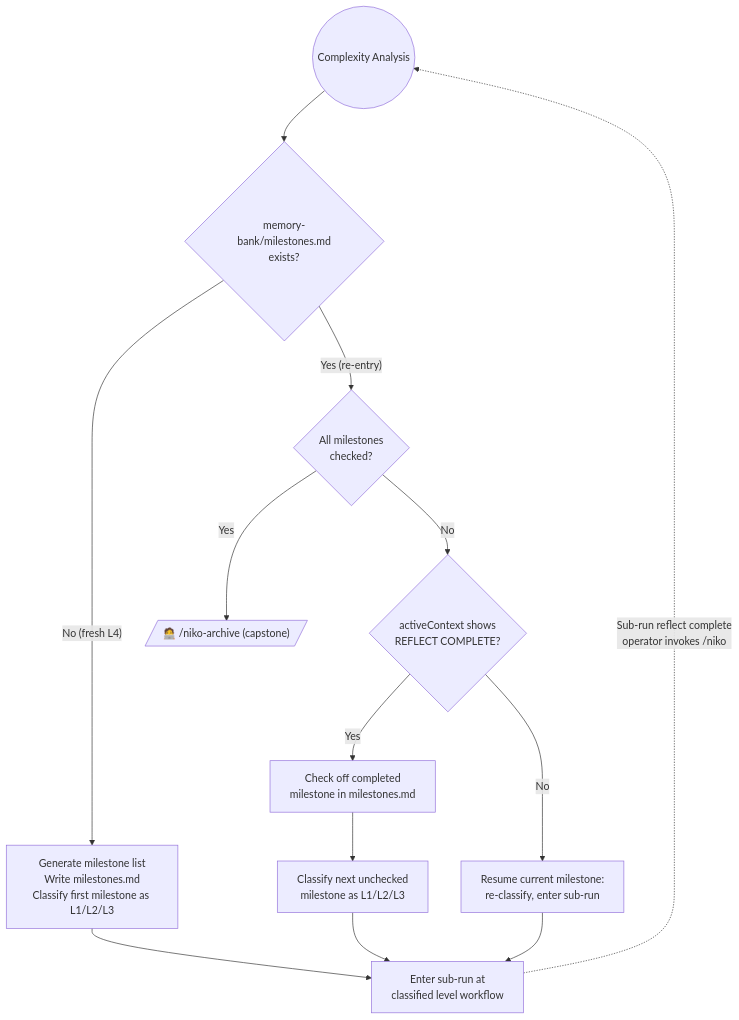
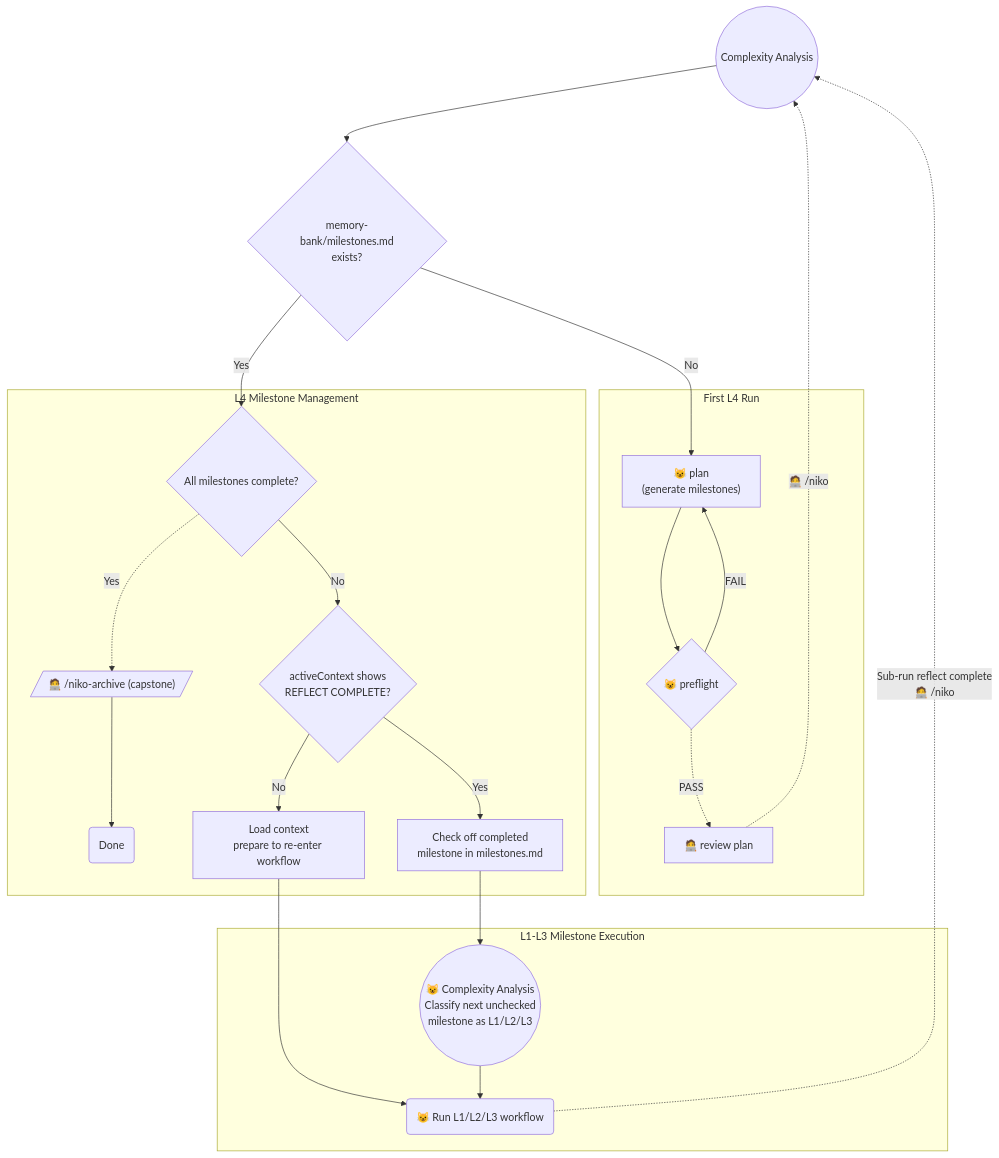
The diagram in rulesets/niko2/niko/level4/level4-workflow.mdc (Texarkanine/.cursor-rules), drawn with Mermaid before and after one commit. The commit also changed other lines of this file and 4 other files, not shown here.

````diff
--- a/rulesets/niko2/niko/level4/level4-workflow.mdc
+++ b/rulesets/niko2/niko/level4/level4-workflow.mdc
@@ -11,20 +11,48 @@
 ```mermaid
 graph TD
-    Start(("Complexity Analysis")) --> Check{"memory-bank/milestones.md<br>exists?"}
 
-    Check --"No (fresh L4)"-->  Generate["Generate milestone list<br>Write milestones.md<br>Classify first milestone as L1/L2/L3"]
-    Check --"Yes (re-entry)"--> AllDone{"All milestones<br>checked?"}
+    Start(("Complexity Analysis"))
+    CheckIfMilestones{"memory-bank/milestones.md<br>exists?"}
 
-    AllDone --"Yes"--> Capstone[/"🧑‍💻 /niko-archive (capstone)"/]
-    AllDone --"No"--> PrevDone{"activeContext shows<br>REFLECT COMPLETE?"}
+    subgraph Init["First L4 Run"]
+        NikoPlan["😺 plan<br>(generate milestones)"]
+        NikoPreflight{"😺 preflight"}
+        ManualReview["🧑‍💻 review plan"]
+    end
 
-    PrevDone --"Yes"--> CheckOff["Check off completed<br>milestone in milestones.md"]
-    CheckOff --> NextSub["Classify next unchecked<br>milestone as L1/L2/L3"]
-    PrevDone --"No"--> Resume["Resume current milestone:<br>re-classify, enter sub-run"]
+    subgraph ReEntry["L4 Milestone Management"]
+        CheckMilestoneCompletion{"All milestones complete?"}
+        Capstone[/"🧑‍💻 /niko-archive (capstone)"/]
+        Capstone -->Done("Done")
+        PrevDone{"activeContext shows<br>REFLECT COMPLETE?"}
+        CheckOff["Check off completed<br>milestone in milestones.md"]
+        Resume["Load context<br>prepare to re-enter workflow"]
+    end
 
-    Generate --> SubRun["Enter sub-run at<br>classified level workflow"]
-    NextSub --> SubRun
+    subgraph SubWorkflow["L1-L3 Milestone Execution"]
+        NextSub(("😺 Complexity Analysis<br>Classify next unchecked<br>milestone as L1/L2/L3"))
+        SubRun("😺 Run L1/L2/L3 workflow")
+    end
+
+    Start --> CheckIfMilestones
+
+    CheckIfMilestones -->|"No"| NikoPlan
+    NikoPlan --> NikoPreflight
+    NikoPreflight -->|"FAIL"| NikoPlan
+
+    NikoPreflight -.->|"PASS"| ManualReview
+    ManualReview -.->|"🧑‍💻 /niko"| Start
+
+    CheckIfMilestones -->|"Yes"| CheckMilestoneCompletion
+    CheckMilestoneCompletion -.->|"Yes"| Capstone
+
+    CheckMilestoneCompletion -->|"No"| PrevDone
+    PrevDone --"Yes"--> CheckOff
+    CheckOff --> NextSub
+
+    PrevDone --"No"--> Resume
     Resume --> SubRun
 
-    SubRun -.->|"Sub-run reflect complete<br>operator invokes /niko"| Start
+    NextSub --> SubRun
+    SubRun -.->|"Sub-run reflect complete<br>🧑‍💻 /niko"| Start
 ```
````
